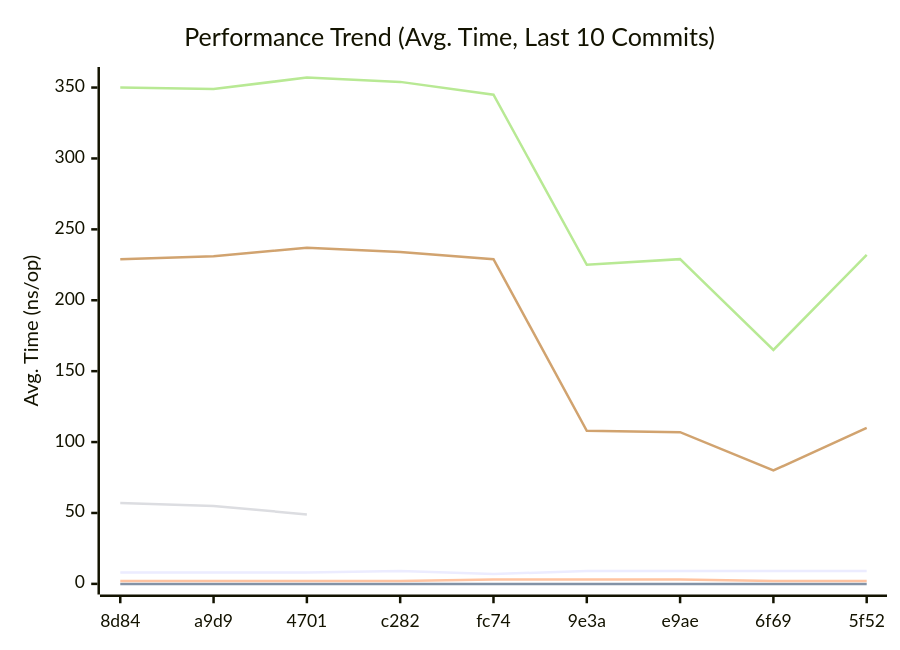
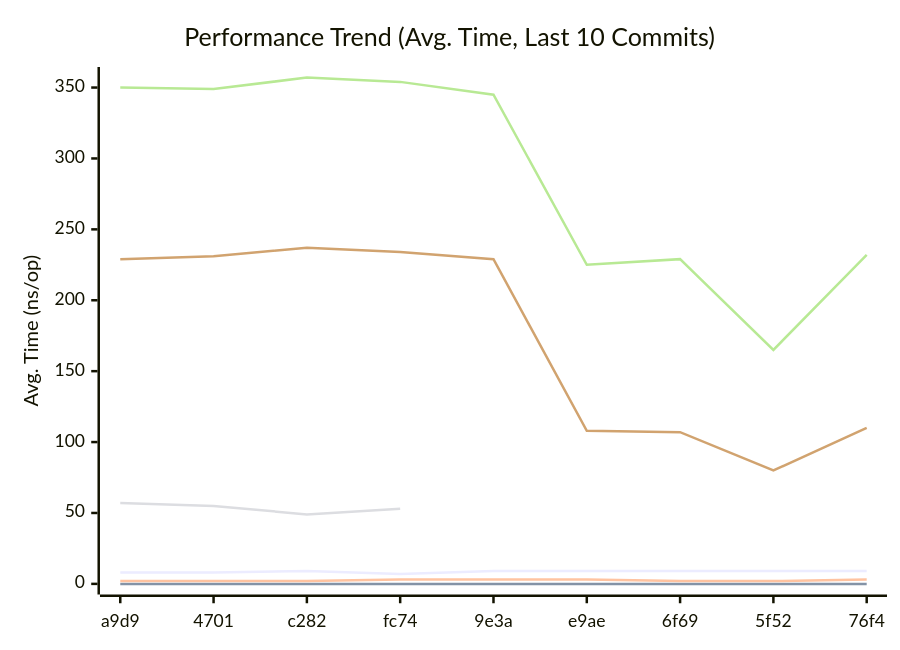
One commit to alsotoes/momo changed the first of 3 diagrams in doc/README.md. Above: the diagram before and after it, drawn with Mermaid. The commit also changed other lines of this file and 1 other file, not shown here.

````diff
--- a/doc/README.md
+++ b/doc/README.md
@@ -293,13 +293,13 @@
 ```mermaid
 xychart-beta
     title "Performance Trend (Avg. Time, Last 10 Commits)"
     x-axis "Commit"
     y-axis "Avg. Time (ns/op)"
-    x-axis [8d84,a9d9,4701,c282,fc74,9e3a,e9ae,6f69,5f52]
-    line "CheckMetricsAndSwap" [8,8,8,9,7,9,9,9,9,9]
+    x-axis [a9d9,4701,c282,fc74,9e3a,e9ae,6f69,5f52,76f4]
+    line "CheckMetricsAndSwap" [8,8,9,7,9,9,9,9,9,9]
     line "IndexDirectTracking" [0,0,0,0,0,0,0,0,0,0]
-    line "IndexSearch" [2,2,2,2,3,3,3,2,2,3]
-    line "PadString" [57,55,49]
+    line "IndexSearch" [2,2,2,3,3,3,2,2,3,2]
+    line "PadString" [57,55,49,53]
     line "ParseReplicationOrder_NoPrealloc" [350,349,357,354,345,225,229,165,232,234]
     line "ParseReplicationOrder_Prealloc" [229,231,237,234,229,108,107,80,110,109]
 ```
````
